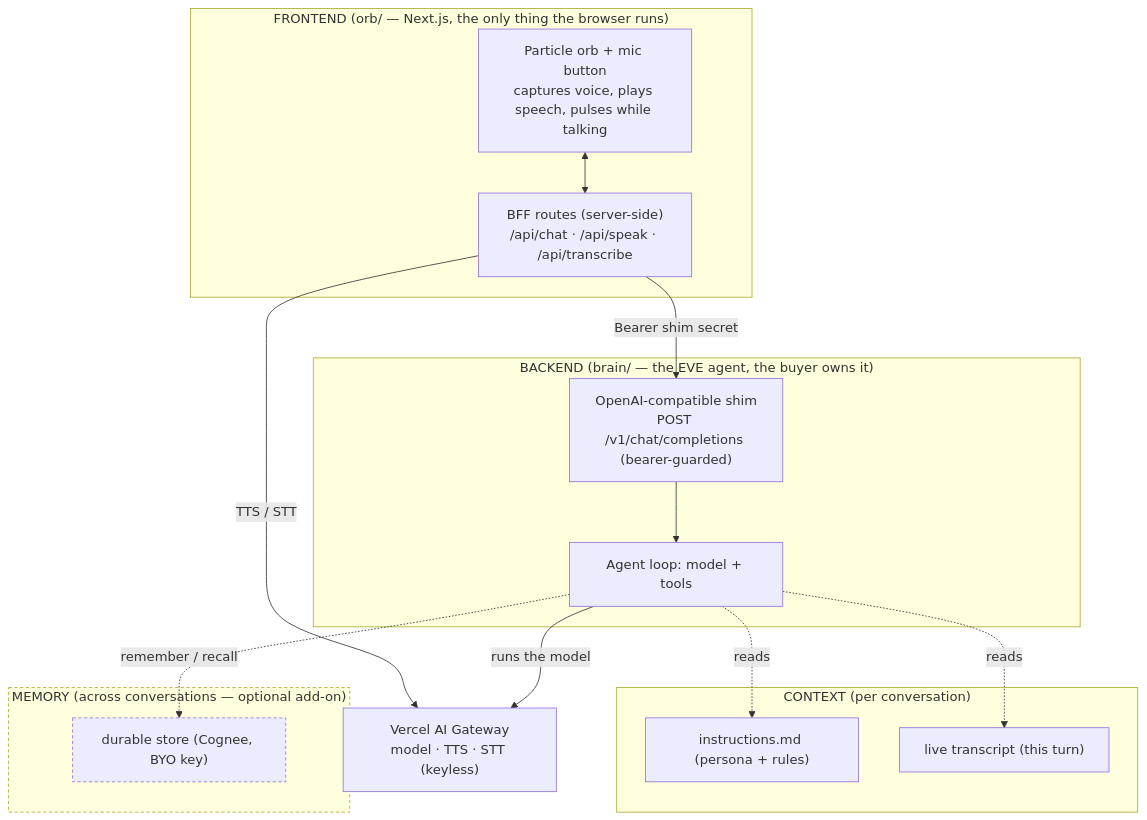
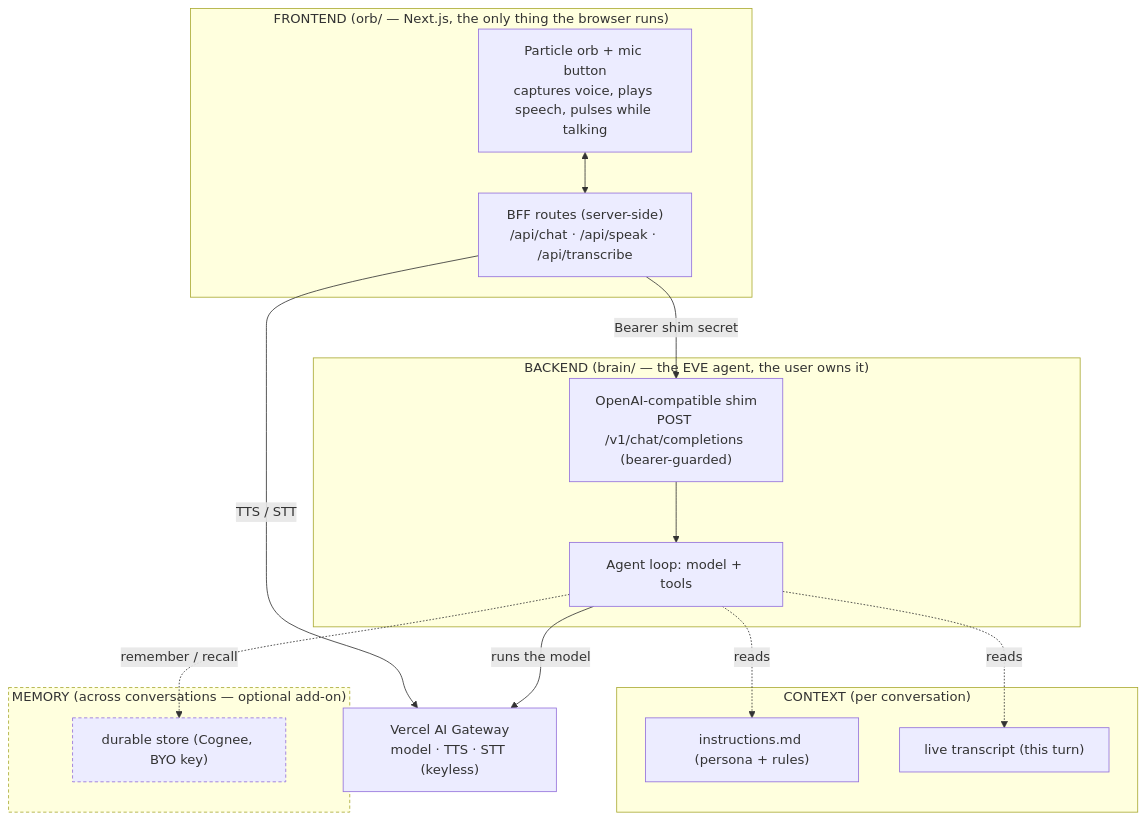
The first of 3 diagrams in docs/architecture.md (tfcbot/jarvis-style-agent), drawn with Mermaid before and after one commit. The commit also changed other lines of this file and 3 other files, not shown here.

````diff
--- a/docs/architecture.md
+++ b/docs/architecture.md
@@ -8,35 +8,35 @@
 ```mermaid
 flowchart TB
   subgraph FE["FRONTEND  (orb/ — Next.js, the only thing the browser runs)"]
     UI["Particle orb + mic button<br/>captures voice, plays speech, pulses while talking"]
     BFF["BFF routes (server-side)<br/>/api/chat · /api/speak · /api/transcribe"]
     UI <--> BFF
   end
 
-  subgraph BE["BACKEND  (brain/ — the EVE agent, the buyer owns it)"]
+  subgraph BE["BACKEND  (brain/ — the EVE agent, the user owns it)"]
     SHIM["OpenAI-compatible shim<br/>POST /v1/chat/completions (bearer-guarded)"]
     LOOP["Agent loop: model + tools"]
     SHIM --> LOOP
   end
 
   subgraph CTX["CONTEXT  (per conversation)"]
     INSTR["instructions.md (persona + rules)"]
     TRANS["live transcript (this turn)"]
   end
 
   subgraph MEM["MEMORY  (across conversations — optional add-on)"]
     DUR["durable store (Cognee, BYO key)"]
   end
 
   GW["Vercel AI Gateway<br/>model · TTS · STT (keyless)"]
 
   BFF -- "Bearer shim secret" --> SHIM
   BFF -- "TTS / STT" --> GW
   LOOP -- "runs the model" --> GW
   LOOP -. reads .-> INSTR
   LOOP -. reads .-> TRANS
   LOOP -. "remember / recall" .-> DUR
 
   classDef opt stroke-dasharray: 4 3;
   class MEM,DUR opt;
 ```
````
